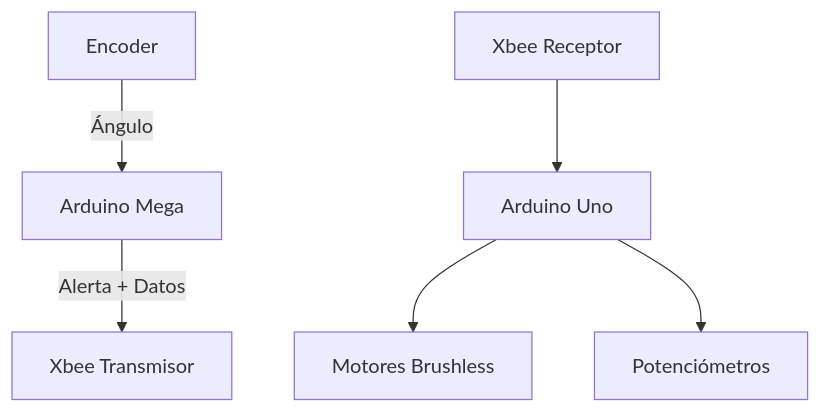
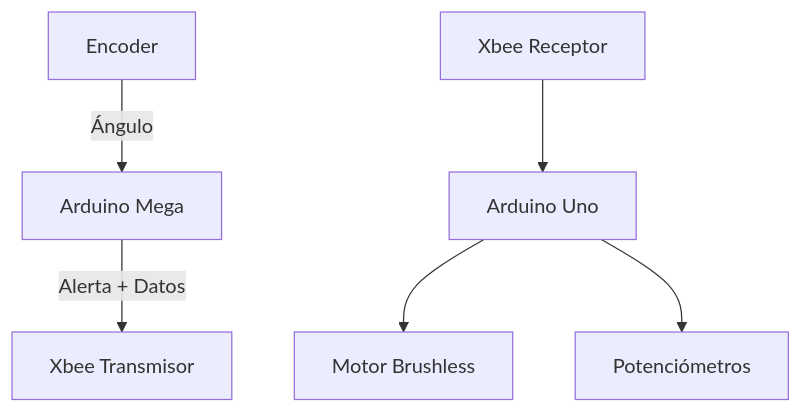
One commit to RobertoLorenzoAguilar/Control-Potencia-Arduino changed the diagram in README.md. Above: the diagram before and after it, drawn with Mermaid. The commit also changed other lines of this file, not shown here.

````diff
--- a/README.md
+++ b/README.md
@@ -42,8 +42,8 @@
 ```mermaid
 graph TD;
   Encoder -->|Ángulo| Mega[Arduino Mega]
   Mega -->|Alerta + Datos| XbeeTx[Xbee Transmisor]
   XbeeRx[Xbee Receptor] --> Uno[Arduino Uno]
-  Uno --> Motores[Motores Brushless]
+  Uno --> Motor[Motor Brushless]
   Uno --> Pot[Potenciómetros]
 ```
````
